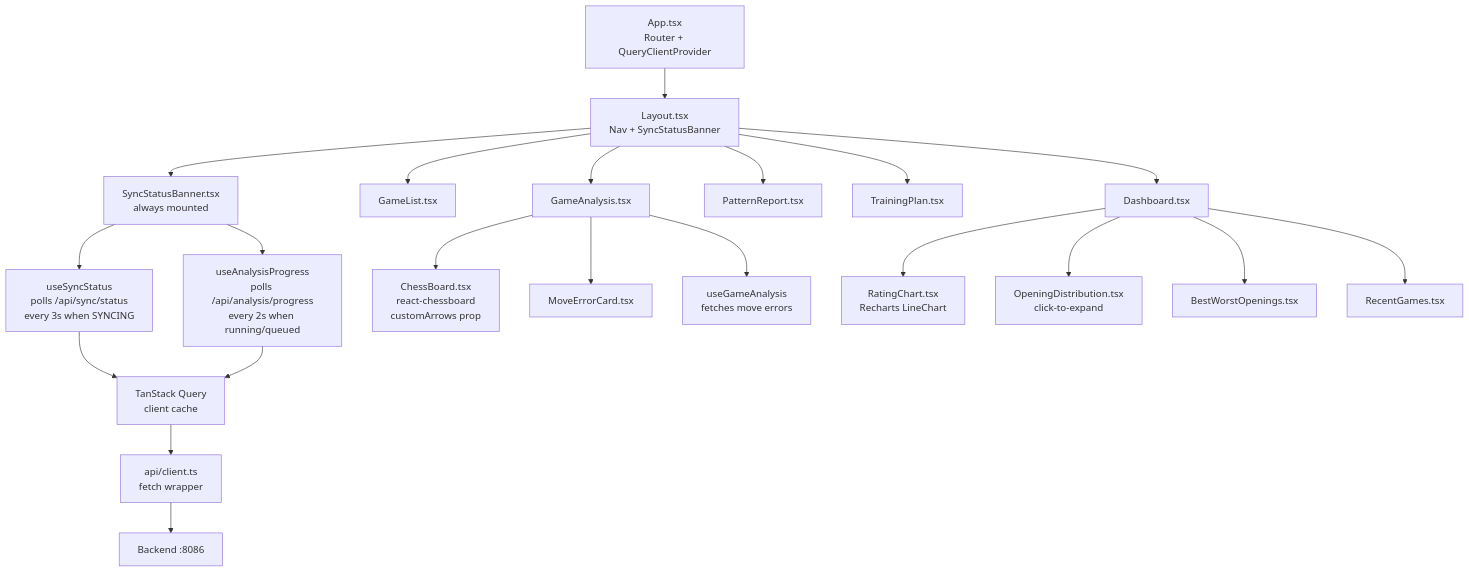
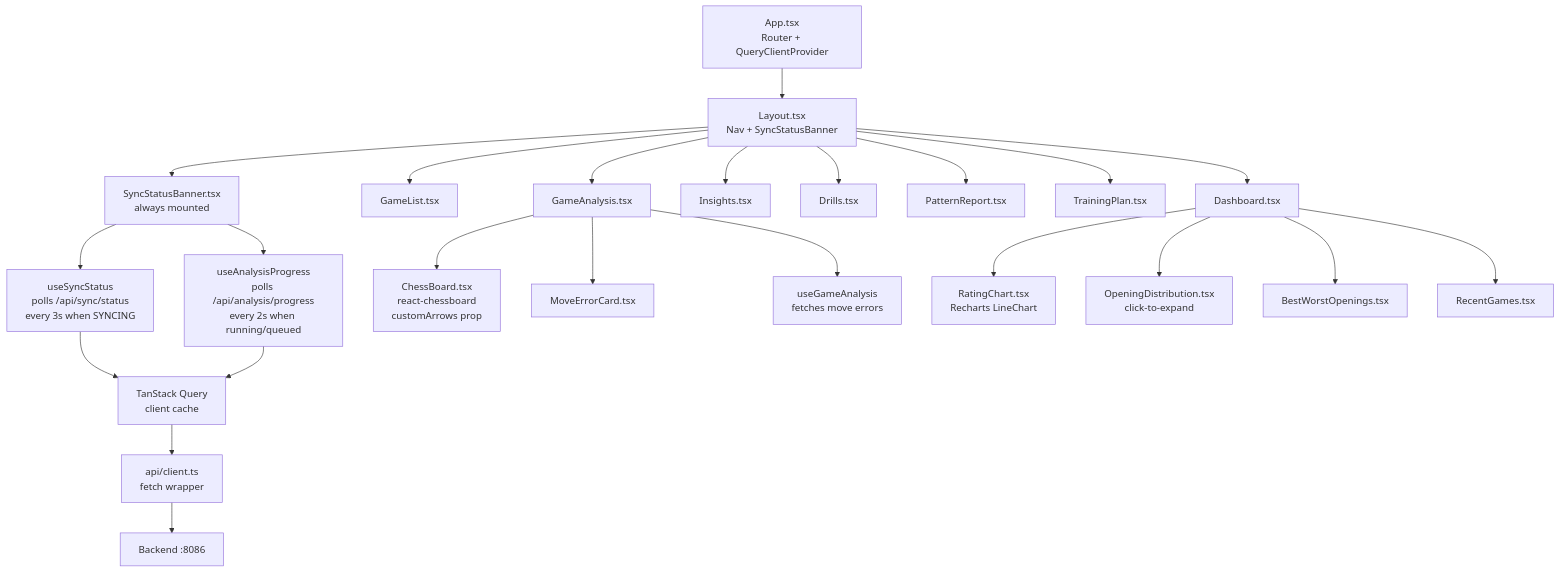
One commit to Tanmay-Anand/Akrasia-chess changed the ninth of 14 diagrams in ARCHITECTURE.md. Above: the diagram before and after it, drawn with Mermaid. The commit also changed other lines of this file and 15 other files, not shown here.

````diff
--- a/ARCHITECTURE.md
+++ b/ARCHITECTURE.md
@@ -505,27 +550,29 @@
 ```mermaid
 graph TD
     APP[App.tsx\nRouter + QueryClientProvider] --> LAYOUT[Layout.tsx\nNav + SyncStatusBanner]
     LAYOUT --> DASH[Dashboard.tsx]
     LAYOUT --> GAMES[GameList.tsx]
     LAYOUT --> GAME[GameAnalysis.tsx]
+    LAYOUT --> INS[Insights.tsx]
+    LAYOUT --> DRILL[Drills.tsx]
     LAYOUT --> PAT[PatternReport.tsx]
     LAYOUT --> TRAIN[TrainingPlan.tsx]
 
     LAYOUT --> BANNER[SyncStatusBanner.tsx\nalways mounted]
 
     BANNER --> uSS[useSyncStatus\npolls /api/sync/status\nevery 3s when SYNCING]
     BANNER --> uAP[useAnalysisProgress\npolls /api/analysis/progress\nevery 2s when running/queued]
 
     GAME --> CB[ChessBoard.tsx\nreact-chessboard\ncustomArrows prop]
     GAME --> MEC[MoveErrorCard.tsx]
     GAME --> uGA[useGameAnalysis\nfetches move errors]
 
     DASH --> RC[RatingChart.tsx\nRecharts LineChart]
     DASH --> OD[OpeningDistribution.tsx\nclick-to-expand]
     DASH --> BWO[BestWorstOpenings.tsx]
     DASH --> RG[RecentGames.tsx]
 
     uSS & uAP --> QC[TanStack Query\nclient cache]
     QC --> API[api/client.ts\nfetch wrapper]
     API --> BE[Backend :8086]
 ```
````
